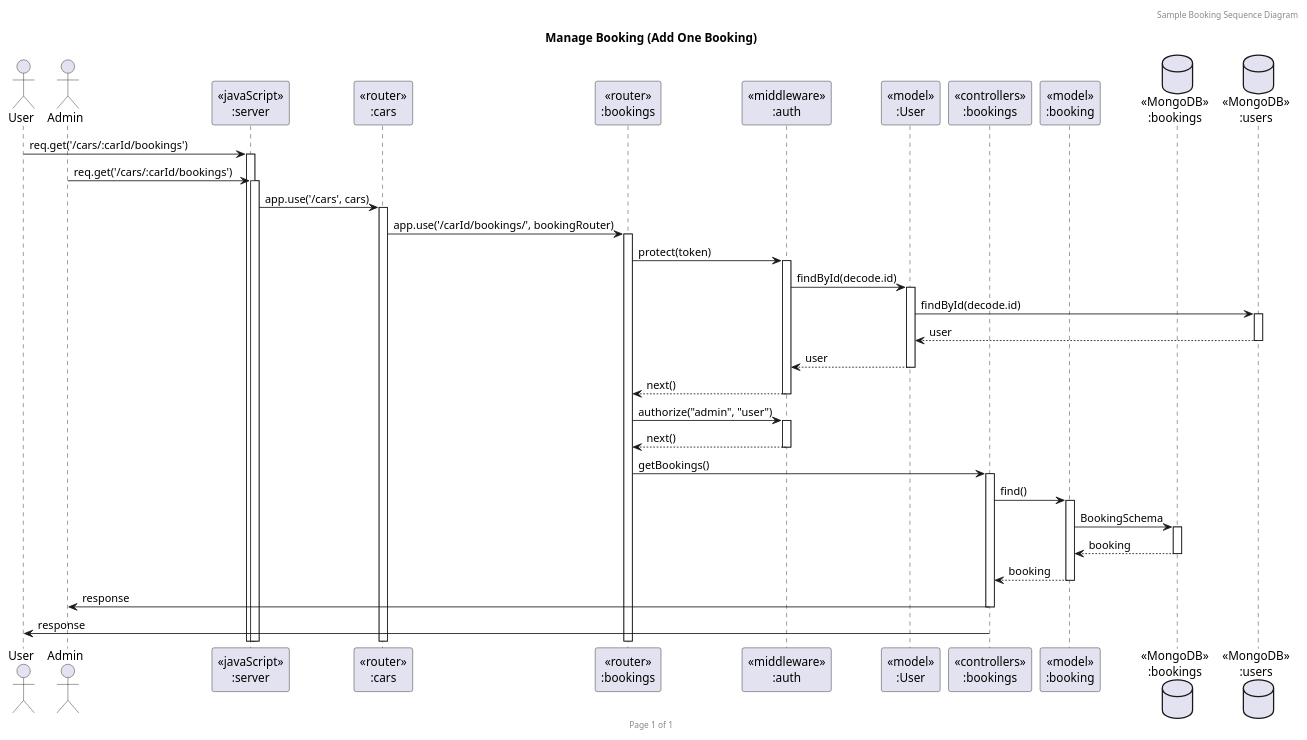
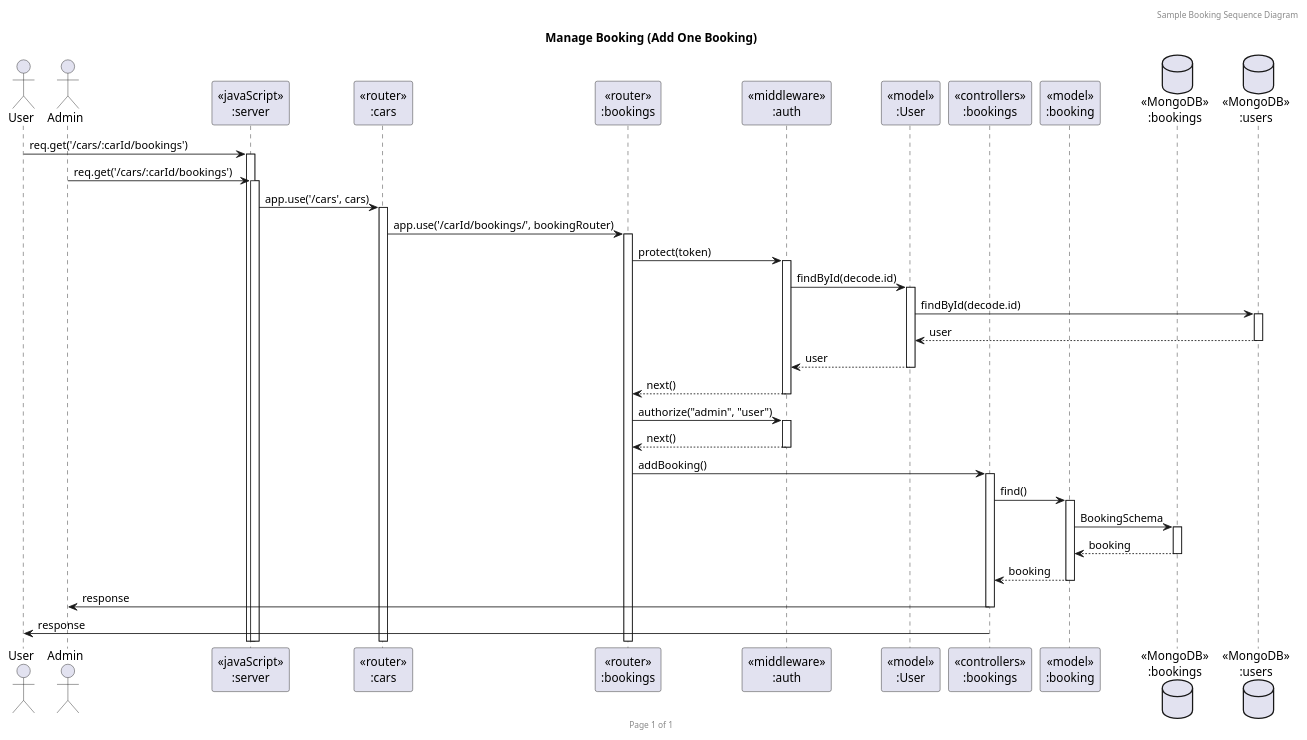
One commit to tahphalat/Backend-for-fe-project changed the diagram in documents/Sequence/Booking/Booking/4AddBooking.puml. Above: the diagram before and after it, drawn with PlantUML. The commit also changed 3 other files, not shown here.

Commit message:
satang change function of some plantuml diagrmas

```diff
--- a/documents/Sequence/Booking/Booking/4AddBooking.puml
+++ b/documents/Sequence/Booking/Booking/4AddBooking.puml
@@ -1,49 +1,49 @@
 @startuml Manage Booking (Add One Booking)
 
 header Sample Booking Sequence Diagram
 footer Page %page% of %lastpage%
 title "Manage Booking (Add One Booking)"
 
 ' --------------------------------------------------------------------
 actor "User" as user
 actor "Admin" as admin
 participant "<<javaScript>>\n:server" as server
 participant "<<router>>\n:cars" as routerCars
 participant "<<router>>\n:bookings" as routerBookings
 participant "<<middleware>>\n:auth" as middlewareAuth
 participant "<<model>>\n:User" as modelUser
 participant "<<controllers>>\n:bookings" as controllersBookings
 participant "<<model>>\n:booking" as modelBookings
 database "<<MongoDB>>\n:bookings" as BookingsDatabase
 database "<<MongoDB>>\n:users" as UsersDatabase
 
 ' --------------------------------------------------------------------
 user -> server ++: req.get('/cars/:carId/bookings')
 admin -> server ++: req.get('/cars/:carId/bookings')
 
 server -> routerCars ++: app.use('/cars', cars)
 routerCars -> routerBookings ++: app.use('/carId/bookings/', bookingRouter)
 routerBookings -> middlewareAuth ++: protect(token)
 middlewareAuth -> modelUser ++: findById(decode.id)
 modelUser -> UsersDatabase ++: findById(decode.id)
 modelUser <-- UsersDatabase --: user
 
 middlewareAuth <-- modelUser --:user
 middlewareAuth --> routerBookings --: next()
 
 
 routerBookings -> middlewareAuth ++: authorize("admin", "user")
 routerBookings <-- middlewareAuth --: next()
 
-routerBookings -> controllersBookings ++: getBookings()
+routerBookings -> controllersBookings ++: addBooking()
 
 controllersBookings -> modelBookings ++: find()
 
 modelBookings -> BookingsDatabase ++: BookingSchema
 BookingsDatabase --> modelBookings --: booking
 controllersBookings <-- modelBookings --: booking
 controllersBookings -> admin --: response
 controllersBookings -> user --: response
 
 ' --------------------------------------------------------------------
 @enduml
```
